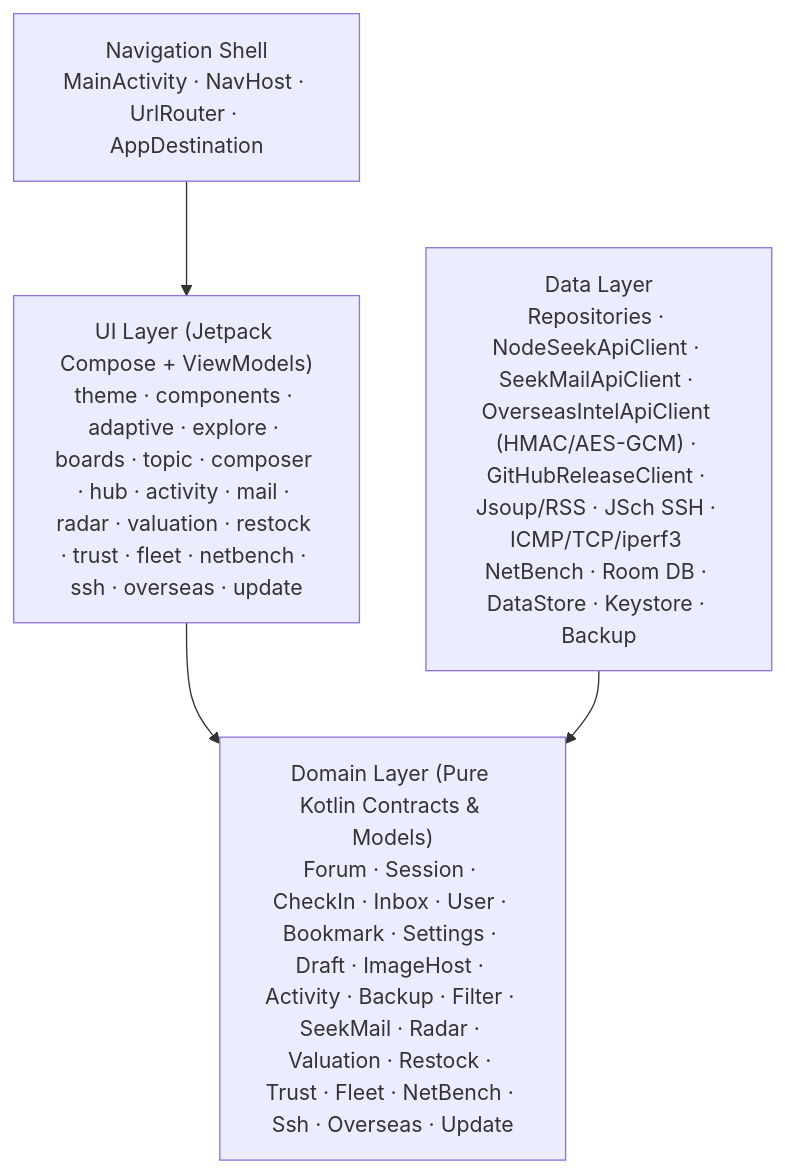
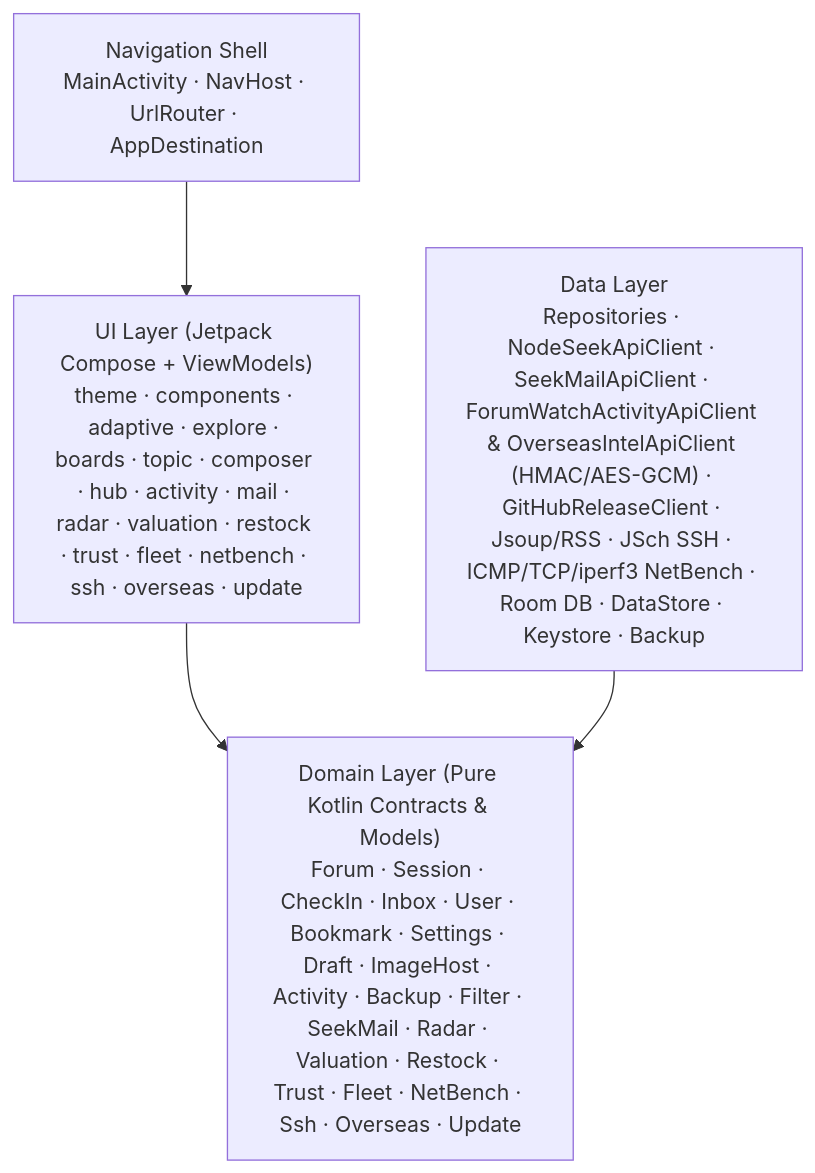
Before and after one commit to learningdog1/Anode: the diagram in README.md, drawn with Mermaid. The commit also changed other lines of this file and 21 other files, not shown here.

Commit message:
feat(activity): integrate ForumWatch community activity hub and opt-in push notifications

````diff
--- a/README.md
+++ b/README.md
@@ -336,11 +336,11 @@
 ```mermaid
 flowchart TD
     UI["UI Layer (Jetpack Compose + ViewModels)<br/>theme · components · adaptive · explore · boards · topic · composer · hub · activity · mail · radar · valuation · restock · trust · fleet · netbench · ssh · overseas · update"]
     NAV["Navigation Shell<br/>MainActivity · NavHost · UrlRouter · AppDestination"]
     DOMAIN["Domain Layer (Pure Kotlin Contracts & Models)<br/>Forum · Session · CheckIn · Inbox · User · Bookmark · Settings · Draft · ImageHost · Activity · Backup · Filter · SeekMail · Radar · Valuation · Restock · Trust · Fleet · NetBench · Ssh · Overseas · Update"]
-    DATA["Data Layer<br/>Repositories · NodeSeekApiClient · SeekMailApiClient · OverseasIntelApiClient (HMAC/AES-GCM) · GitHubReleaseClient · Jsoup/RSS · JSch SSH · ICMP/TCP/iperf3 NetBench · Room DB · DataStore · Keystore · Backup"]
+    DATA["Data Layer<br/>Repositories · NodeSeekApiClient · SeekMailApiClient · ForumWatchActivityApiClient & OverseasIntelApiClient (HMAC/AES-GCM) · GitHubReleaseClient · Jsoup/RSS · JSch SSH · ICMP/TCP/iperf3 NetBench · Room DB · DataStore · Keystore · Backup"]
 
     NAV --> UI
     UI --> DOMAIN
     DATA --> DOMAIN
 ```
````
